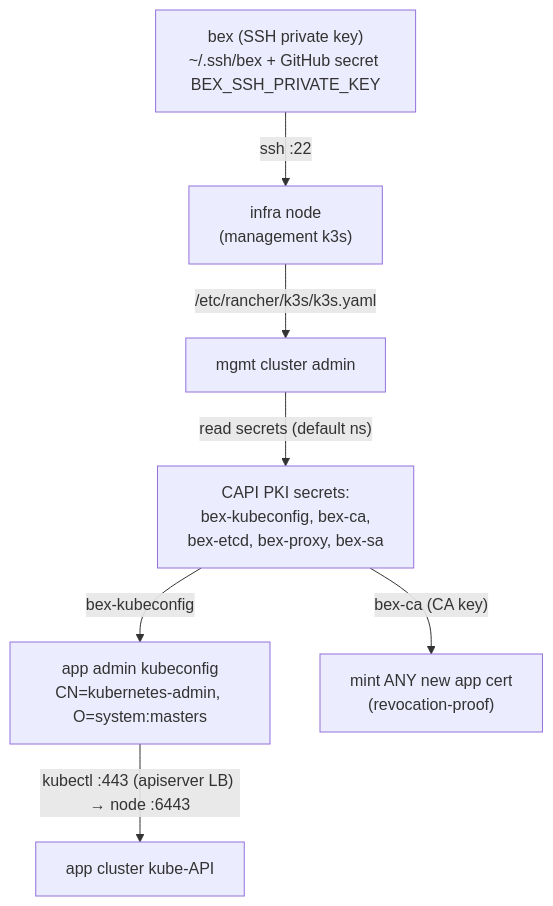
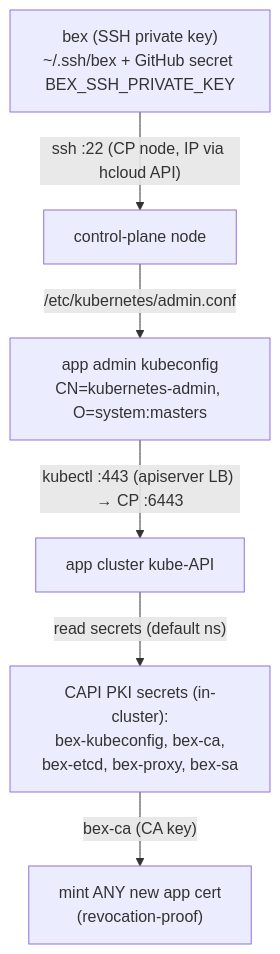
One commit to cuckoo-network/cuckoo changed the diagram in docs/infra-credentials.md. Above: the diagram before and after it, drawn with Mermaid. The commit also changed other lines of this file, not shown here.

Commit message:
docs(infra-credentials): self-managed trust chain — SSH-to-CP, in-cluster CAPI PKI (m19.1 t004)

````diff
--- a/docs/infra-credentials.md
+++ b/docs/infra-credentials.md
@@ -20,10 +20,9 @@
 ```mermaid
 graph TD
   key["bex (SSH private key)<br/>~/.ssh/bex + GitHub secret BEX_SSH_PRIVATE_KEY"]
-  key -->|"ssh :22"| infra["infra node<br/>(management k3s)"]
-  infra -->|"/etc/rancher/k3s/k3s.yaml"| mgmt["mgmt cluster admin"]
-  mgmt -->|"read secrets (default ns)"| capi["CAPI PKI secrets:<br/>bex-kubeconfig, bex-ca,<br/>bex-etcd, bex-proxy, bex-sa"]
-  capi -->|"bex-kubeconfig"| admin["app admin kubeconfig<br/>CN=kubernetes-admin, O=system:masters"]
+  key -->|"ssh :22 (CP node, IP via hcloud API)"| cp["control-plane node"]
+  cp -->|"/etc/kubernetes/admin.conf"| admin["app admin kubeconfig<br/>CN=kubernetes-admin, O=system:masters"]
+  admin -->|"kubectl :443 (apiserver LB) → CP :6443"| app["app cluster kube-API"]
+  app -->|"read secrets (default ns)"| capi["CAPI PKI secrets (in-cluster):<br/>bex-kubeconfig, bex-ca,<br/>bex-etcd, bex-proxy, bex-sa"]
   capi -->|"bex-ca (CA key)"| mint["mint ANY new app cert<br/>(revocation-proof)"]
-  admin -->|"kubectl :443 (apiserver LB) → node :6443"| app["app cluster kube-API"]
 ```
````
